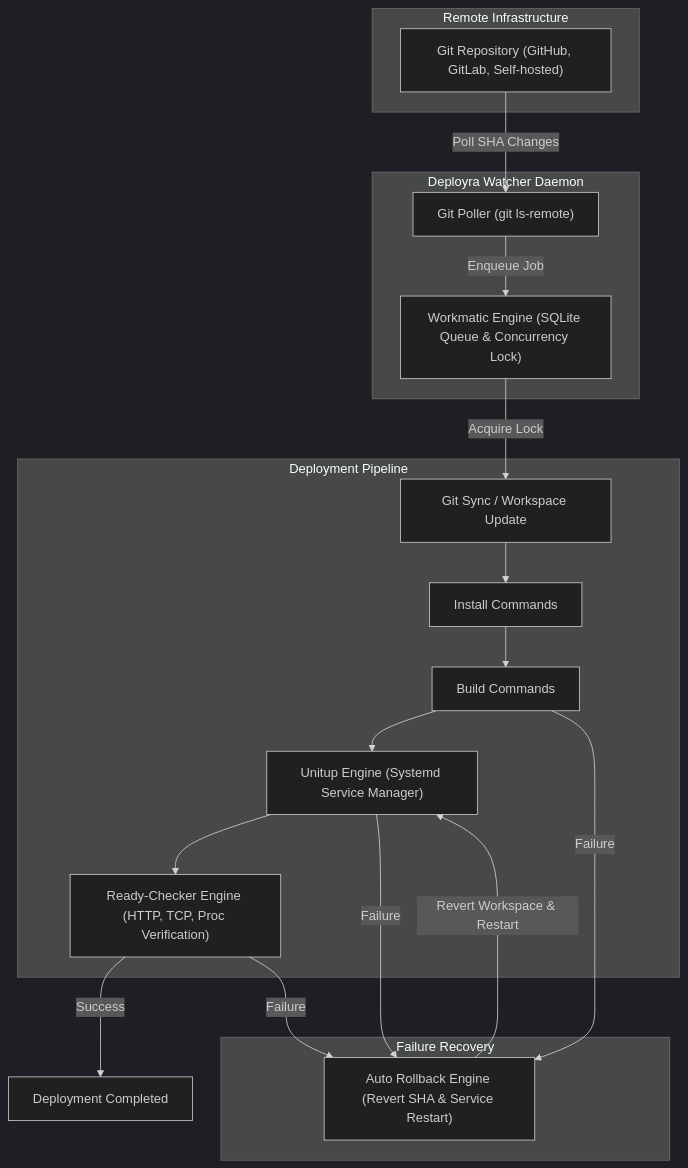
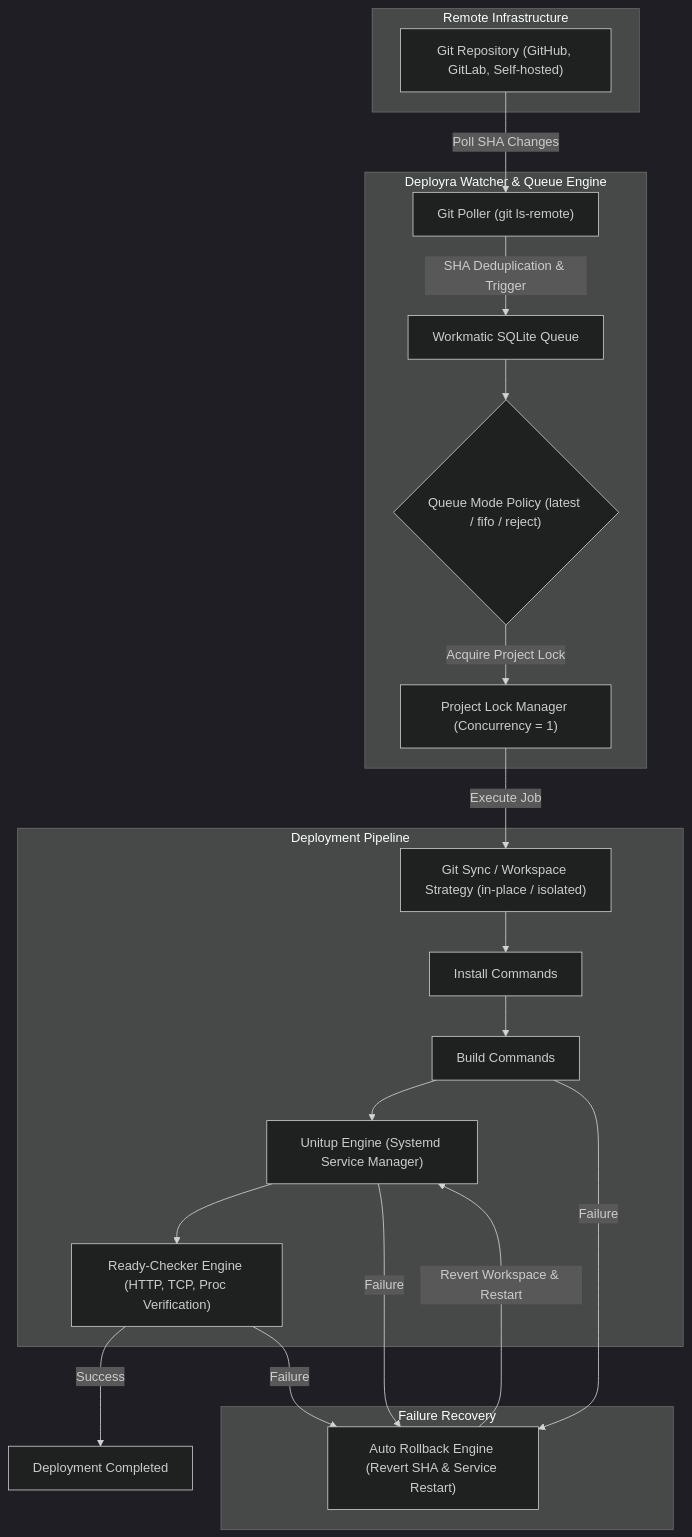
Before and after one commit to litepacks/deployra: the first of 2 diagrams in README.md, drawn with Mermaid (dark theme). The commit also changed other lines of this file, not shown here.

Commit message:
docs: update architecture diagrams and queue documentation to reflect new lock management and deduplication logic

````diff
--- a/README.md
+++ b/README.md
@@ -13,36 +13,40 @@
 ```mermaid
 graph TD
     subgraph Remote["Remote Infrastructure"]
         GitRemote["Git Repository (GitHub, GitLab, Self-hosted)"]
     end
 
-    subgraph WatcherEngine["Deployra Watcher Daemon"]
+    subgraph WatcherEngine["Deployra Watcher & Queue Engine"]
         GitWatcher["Git Poller (git ls-remote)"]
-        WorkmaticQueue["Workmatic Engine (SQLite Queue & Concurrency Lock)"]
+        WorkmaticQueue["Workmatic SQLite Queue"]
+        QueuePolicy{"Queue Mode Policy (latest / fifo / reject)"}
+        LockManager["Project Lock Manager (Concurrency = 1)"]
     end
 
     subgraph PipelineEngine["Deployment Pipeline"]
-        GitSync["Git Sync / Workspace Update"]
+        GitSync["Git Sync / Workspace Strategy (in-place / isolated)"]
         InstallStep["Install Commands"]
         BuildStep["Build Commands"]
         SystemdService["Unitup Engine (Systemd Service Manager)"]
         HealthCheck["Ready-Checker Engine (HTTP, TCP, Proc Verification)"]
     end
 
     subgraph RecoveryEngine["Failure Recovery"]
         RollbackEngine["Auto Rollback Engine (Revert SHA & Service Restart)"]
     end
 
     GitRemote -->|"Poll SHA Changes"| GitWatcher
-    GitWatcher -->|"Enqueue Job"| WorkmaticQueue
-    WorkmaticQueue -->|"Acquire Lock"| GitSync
+    GitWatcher -->|"SHA Deduplication & Trigger"| WorkmaticQueue
+    WorkmaticQueue --> QueuePolicy
+    QueuePolicy -->|"Acquire Project Lock"| LockManager
+    LockManager -->|"Execute Job"| GitSync
     GitSync --> InstallStep
     InstallStep --> BuildStep
     BuildStep --> SystemdService
     SystemdService --> HealthCheck
     HealthCheck -->|"Success"| Success["Deployment Completed"]
     HealthCheck -->|"Failure"| RollbackEngine
     BuildStep -->|"Failure"| RollbackEngine
     SystemdService -->|"Failure"| RollbackEngine
     RollbackEngine -->|"Revert Workspace & Restart"| SystemdService
 ```
````
